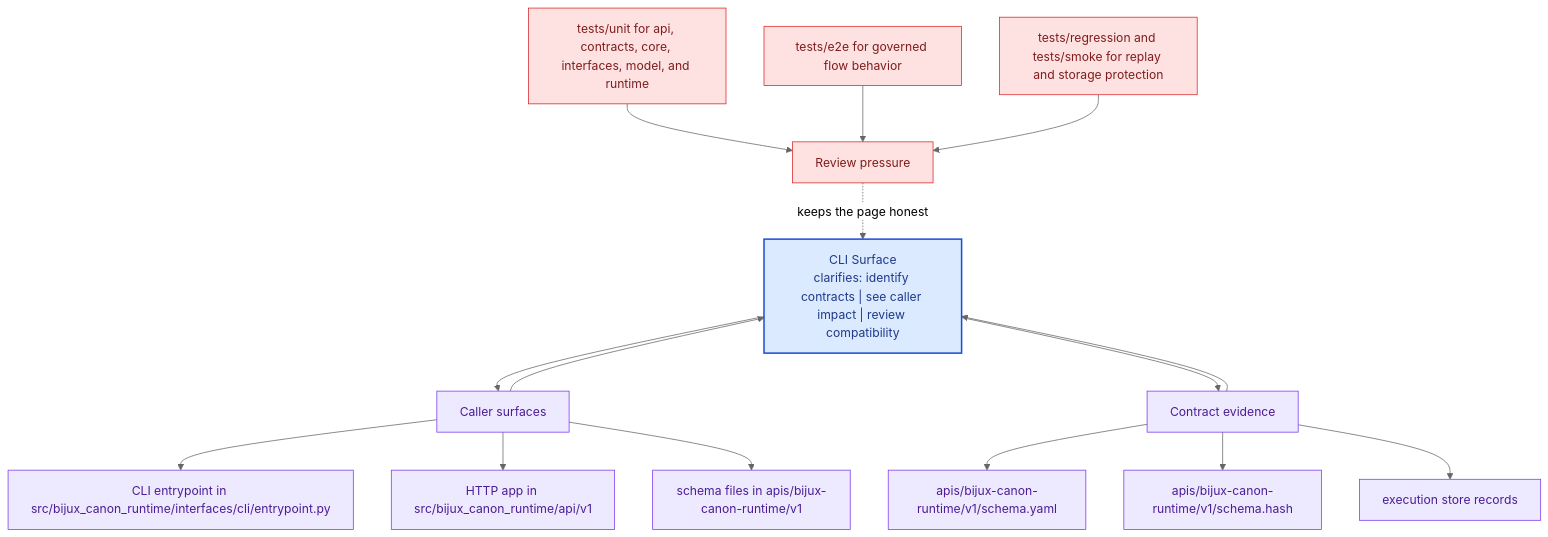
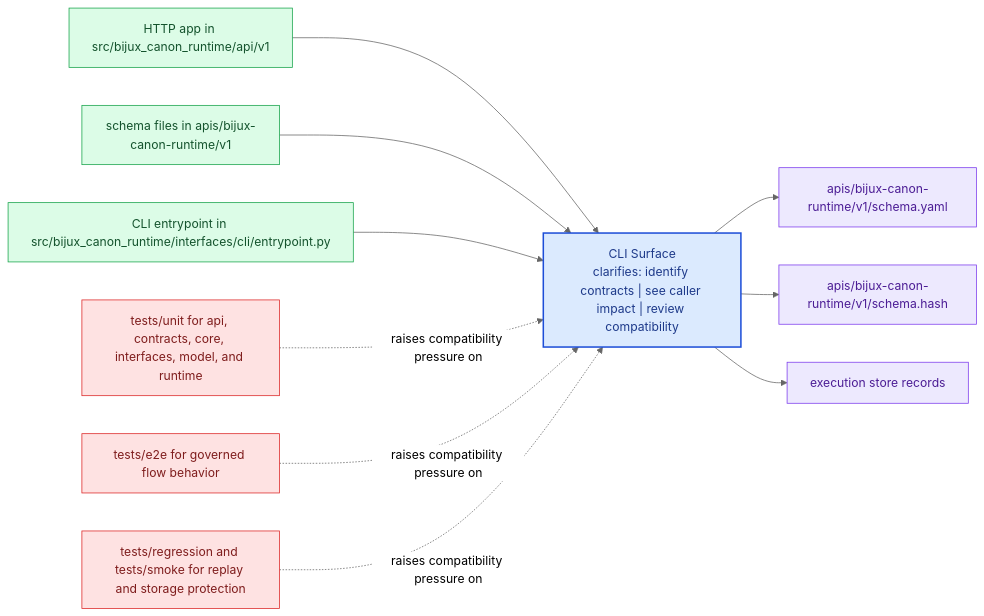
The diagram in docs/bijux-canon-runtime/interfaces/cli-surface.md (bijux/bijux-canon), drawn with Mermaid (neutral theme) before and after one commit. The commit also changed other lines of this file and 281 other files, not shown here.

Commit message:
docs(diagrams): replace repeated mermaid scaffolds with page-specific summaries

````diff
--- a/docs/bijux-canon-runtime/interfaces/cli-surface.md
+++ b/docs/bijux-canon-runtime/interfaces/cli-surface.md
@@ -69,41 +24,31 @@
 ```mermaid
-flowchart TB
-    promise["CLI Surface<br/>clarifies: identify contracts | see caller impact | review compatibility"]
-    classDef promise fill:#dbeafe,stroke:#1d4ed8,color:#1e3a8a,stroke-width:2px;
-    classDef driver fill:#dcfce7,stroke:#16a34a,color:#14532d;
-    classDef constraint fill:#fee2e2,stroke:#dc2626,color:#7f1d1d;
-    classDef ground fill:#ede9fe,stroke:#7c3aed,color:#4c1d95;
-    focus1["Caller surfaces"]
-    focus1 --> promise
-    promise --> focus1
-    focus1_1["CLI entrypoint in src/bijux_canon_runtime/interfaces/cli/entrypoint.py"]
-    focus1 --> focus1_1
-    focus1_2["HTTP app in src/bijux_canon_runtime/api/v1"]
-    focus1 --> focus1_2
-    focus1_3["schema files in apis/bijux-canon-runtime/v1"]
-    focus1 --> focus1_3
-    class focus1 ground;
-    class focus1_1,focus1_2,focus1_3 ground;
-    focus2["Contract evidence"]
-    focus2 --> promise
-    promise --> focus2
-    focus2_1["apis/bijux-canon-runtime/v1/schema.yaml"]
-    focus2 --> focus2_1
-    focus2_2["apis/bijux-canon-runtime/v1/schema.hash"]
-    focus2 --> focus2_2
-    focus2_3["execution store records"]
-    focus2 --> focus2_3
-    class focus2 ground;
-    class focus2_1,focus2_2,focus2_3 ground;
-    focus3["Review pressure"]
-    focus3 -.keeps the page honest.-> promise
-    focus3_1["tests/unit for api, contracts, core, interfaces, model, and runtime"]
-    focus3_1 --> focus3
-    focus3_2["tests/e2e for governed flow behavior"]
-    focus3_2 --> focus3
-    focus3_3["tests/regression and tests/smoke for replay and storage protection"]
-    focus3_3 --> focus3
-    class focus3 constraint;
-    class focus3_1,focus3_2,focus3_3 constraint;
-    class promise promise;
+flowchart LR
+    page["CLI Surface<br/>clarifies: identify contracts | see caller impact | review compatibility"]
+    classDef page fill:#dbeafe,stroke:#1d4ed8,color:#1e3a8a,stroke-width:2px;
+    classDef positive fill:#dcfce7,stroke:#16a34a,color:#14532d;
+    classDef caution fill:#fee2e2,stroke:#dc2626,color:#7f1d1d;
+    classDef anchor fill:#ede9fe,stroke:#7c3aed,color:#4c1d95;
+    classDef action fill:#fef3c7,stroke:#d97706,color:#7c2d12;
+    surface1["HTTP app in src/bijux_canon_runtime/api/v1"]
+    surface1 --> page
+    surface2["schema files in apis/bijux-canon-runtime/v1"]
+    surface2 --> page
+    surface3["CLI entrypoint in src/bijux_canon_runtime/interfaces/cli/entrypoint.py"]
+    surface3 --> page
+    proof1["apis/bijux-canon-runtime/v1/schema.yaml"]
+    page --> proof1
+    proof2["apis/bijux-canon-runtime/v1/schema.hash"]
+    page --> proof2
+    proof3["execution store records"]
+    page --> proof3
+    review1["tests/unit for api, contracts, core, interfaces, model, and runtime"]
+    review1 -.raises compatibility pressure on.-> page
+    review2["tests/e2e for governed flow behavior"]
+    review2 -.raises compatibility pressure on.-> page
+    review3["tests/regression and tests/smoke for replay and storage protection"]
+    review3 -.raises compatibility pressure on.-> page
+    class page page;
+    class surface1,surface2,surface3 positive;
+    class proof1,proof2,proof3 anchor;
+    class review1,review2,review3 caution;
 ```
````
